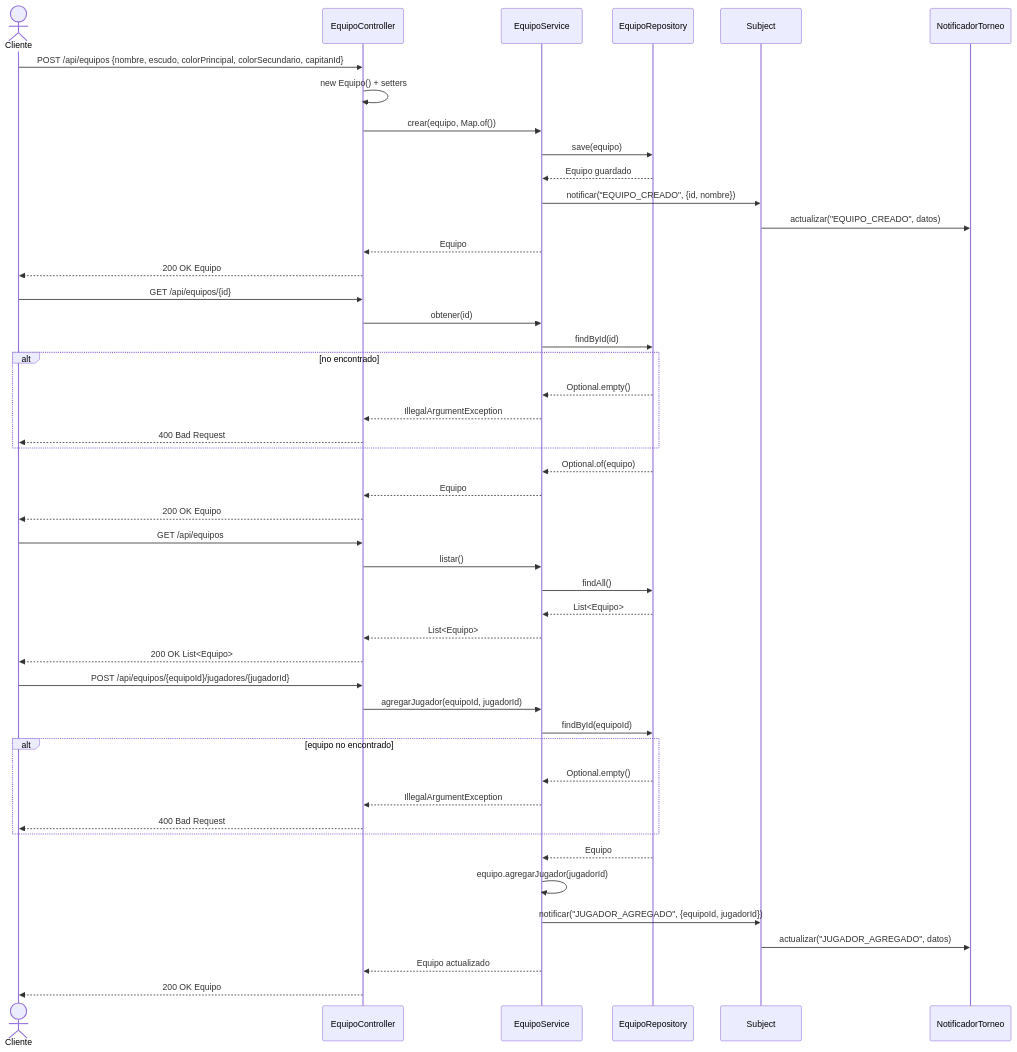
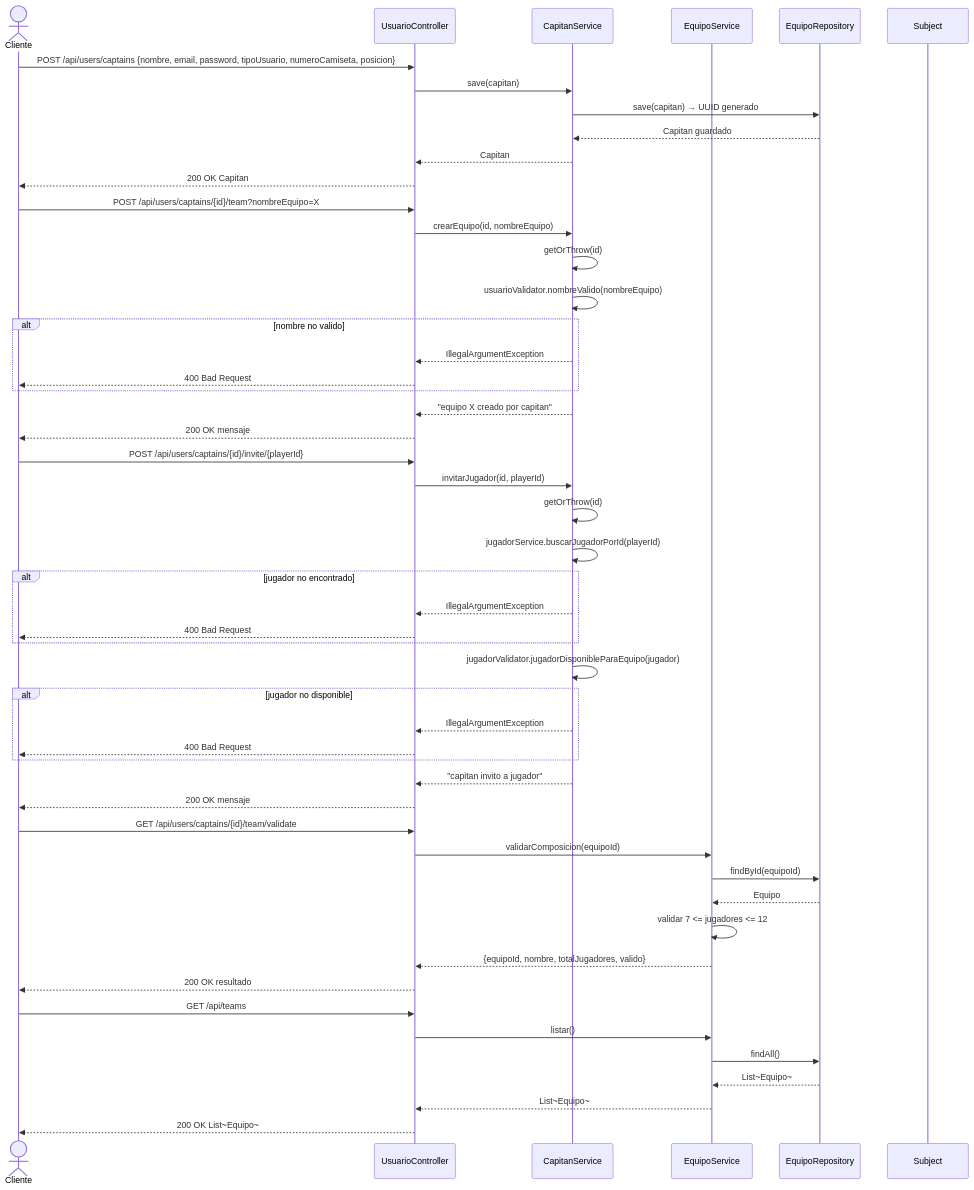
Before and after one commit to nglsz006/SFC_techcup-futbol: the diagram in docs/uml/diagramas-secuencia/04-equipos.md, drawn with Mermaid. The commit also changed 22 other files, not shown here.

Commit message:
feat: UUID migration, OAuth2 fix, updated Mermaid diagrams and README Sprint 4

````diff
--- a/docs/uml/diagramas-secuencia/04-equipos.md
+++ b/docs/uml/diagramas-secuencia/04-equipos.md
@@ -3,57 +3,63 @@
 ```mermaid
 sequenceDiagram
     actor Cliente
-    participant EquipoController
+    participant UsuarioController
+    participant CapitanService
     participant EquipoService
     participant EquipoRepository
     participant Subject
-    participant NotificadorTorneo
+
+    %% Crear capitan
+    Cliente->>UsuarioController: POST /api/users/captains {nombre, email, password, tipoUsuario, numeroCamiseta, posicion}
+    UsuarioController->>CapitanService: save(capitan)
+    CapitanService->>EquipoRepository: save(capitan) → UUID generado
+    EquipoRepository-->>CapitanService: Capitan guardado
+    CapitanService-->>UsuarioController: Capitan
+    UsuarioController-->>Cliente: 200 OK Capitan
 
     %% Crear equipo
-    Cliente->>EquipoController: POST /api/equipos {nombre, escudo, colorPrincipal, colorSecundario, capitanId}
-    EquipoController->>EquipoController: new Equipo() + setters
-    EquipoController->>EquipoService: crear(equipo, Map.of())
-    EquipoService->>EquipoRepository: save(equipo)
-    EquipoRepository-->>EquipoService: Equipo guardado
-    EquipoService->>Subject: notificar("EQUIPO_CREADO", {id, nombre})
-    Subject->>NotificadorTorneo: actualizar("EQUIPO_CREADO", datos)
-    EquipoService-->>EquipoController: Equipo
-    EquipoController-->>Cliente: 200 OK Equipo
+    Cliente->>UsuarioController: POST /api/users/captains/{id}/team?nombreEquipo=X
+    UsuarioController->>CapitanService: crearEquipo(id, nombreEquipo)
+    CapitanService->>CapitanService: getOrThrow(id)
+    CapitanService->>CapitanService: usuarioValidator.nombreValido(nombreEquipo)
+    alt nombre no valido
+        CapitanService-->>UsuarioController: IllegalArgumentException
+        UsuarioController-->>Cliente: 400 Bad Request
+    end
+    CapitanService-->>UsuarioController: "equipo X creado por capitan"
+    UsuarioController-->>Cliente: 200 OK mensaje
 
-    %% Obtener equipo
-    Cliente->>EquipoController: GET /api/equipos/{id}
-    EquipoController->>EquipoService: obtener(id)
-    EquipoService->>EquipoRepository: findById(id)
-    alt no encontrado
-        EquipoRepository-->>EquipoService: Optional.empty()
-        EquipoService-->>EquipoController: IllegalArgumentException
-        EquipoController-->>Cliente: 400 Bad Request
+    %% Invitar jugador
+    Cliente->>UsuarioController: POST /api/users/captains/{id}/invite/{playerId}
+    UsuarioController->>CapitanService: invitarJugador(id, playerId)
+    CapitanService->>CapitanService: getOrThrow(id)
+    CapitanService->>CapitanService: jugadorService.buscarJugadorPorId(playerId)
+    alt jugador no encontrado
+        CapitanService-->>UsuarioController: IllegalArgumentException
+        UsuarioController-->>Cliente: 400 Bad Request
     end
-    EquipoRepository-->>EquipoService: Optional.of(equipo)
-    EquipoService-->>EquipoController: Equipo
-    EquipoController-->>Cliente: 200 OK Equipo
+    CapitanService->>CapitanService: jugadorValidator.jugadorDisponibleParaEquipo(jugador)
+    alt jugador no disponible
+        CapitanService-->>UsuarioController: IllegalArgumentException
+        UsuarioController-->>Cliente: 400 Bad Request
+    end
+    CapitanService-->>UsuarioController: "capitan invito a jugador"
+    UsuarioController-->>Cliente: 200 OK mensaje
+
+    %% Validar composicion equipo
+    Cliente->>UsuarioController: GET /api/users/captains/{id}/team/validate
+    UsuarioController->>EquipoService: validarComposicion(equipoId)
+    EquipoService->>EquipoRepository: findById(equipoId)
+    EquipoRepository-->>EquipoService: Equipo
+    EquipoService->>EquipoService: validar 7 <= jugadores <= 12
+    EquipoService-->>UsuarioController: {equipoId, nombre, totalJugadores, valido}
+    UsuarioController-->>Cliente: 200 OK resultado
 
     %% Listar equipos
-    Cliente->>EquipoController: GET /api/equipos
-    EquipoController->>EquipoService: listar()
+    Cliente->>UsuarioController: GET /api/teams
+    UsuarioController->>EquipoService: listar()
     EquipoService->>EquipoRepository: findAll()
-    EquipoRepository-->>EquipoService: List<Equipo>
-    EquipoService-->>EquipoController: List<Equipo>
-    EquipoController-->>Cliente: 200 OK List<Equipo>
-
-    %% Agregar jugador a equipo
-    Cliente->>EquipoController: POST /api/equipos/{equipoId}/jugadores/{jugadorId}
-    EquipoController->>EquipoService: agregarJugador(equipoId, jugadorId)
-    EquipoService->>EquipoRepository: findById(equipoId)
-    alt equipo no encontrado
-        EquipoRepository-->>EquipoService: Optional.empty()
-        EquipoService-->>EquipoController: IllegalArgumentException
-        EquipoController-->>Cliente: 400 Bad Request
-    end
-    EquipoRepository-->>EquipoService: Equipo
-    EquipoService->>EquipoService: equipo.agregarJugador(jugadorId)
-    EquipoService->>Subject: notificar("JUGADOR_AGREGADO", {equipoId, jugadorId})
-    Subject->>NotificadorTorneo: actualizar("JUGADOR_AGREGADO", datos)
-    EquipoService-->>EquipoController: Equipo actualizado
-    EquipoController-->>Cliente: 200 OK Equipo
+    EquipoRepository-->>EquipoService: List~Equipo~
+    EquipoService-->>UsuarioController: List~Equipo~
+    UsuarioController-->>Cliente: 200 OK List~Equipo~
 ```
````
